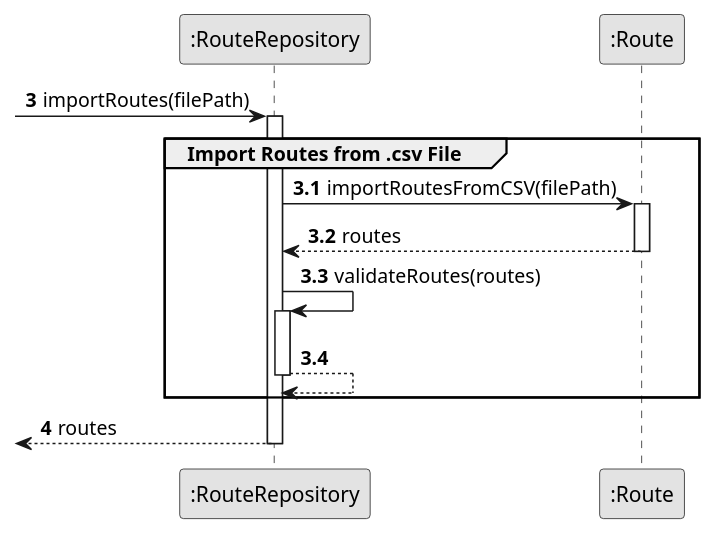
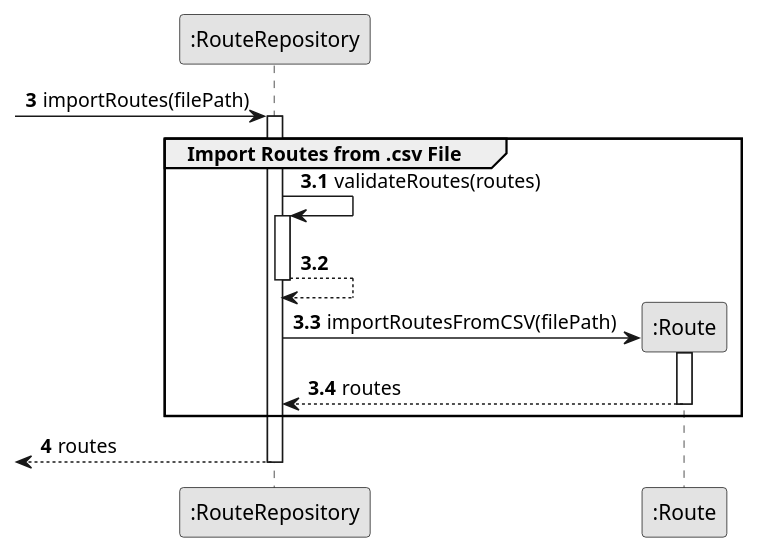
One commit to ricardomm7/leaflink changed the diagram in docs/sprintB/us012/03.design/puml/us012-sequence-diagram-partial-import-.csv-file.puml. Above: the diagram before and after it, drawn with PlantUML. The commit also changed 8 other files, not shown here.

Commit message:
LFC2-90<Change the sequence diagram> LFC2-114<Start class diagram and small changes on sequence diagram>

```diff
--- a/docs/sprintB/us012/03.design/puml/us012-sequence-diagram-partial-import-.csv-file.puml
+++ b/docs/sprintB/us012/03.design/puml/us012-sequence-diagram-partial-import-.csv-file.puml
@@ -1,43 +1,41 @@
 @startuml
 skinparam monochrome true
 skinparam packageStyle rectangle
 skinparam shadowing false
 
 autonumber
 
 'hide footbox
 participant ":RouteRepository" as Repository
 participant ":Route" as Importer
 autonumber 3
 
 
  -> Repository : importRoutes(filePath)
 autonumber 3.1
 
 activate Repository
 
   Group Import Routes from .csv File
 
-    Repository -> Importer: importRoutesFromCSV(filePath)
+  Repository -> Repository: validateRoutes(routes)
+      activate Repository
+
+          Repository --> Repository
+          deactivate Repository
+
+    Repository -> Importer**: importRoutesFromCSV(filePath)
         activate Importer
 
         Importer --> Repository: routes
         deactivate Importer
-
-
-    Repository -> Repository: validateRoutes(routes)
-    activate Repository
-
-        Repository --> Repository
-        deactivate Repository
-
 
     end
     autonumber 4
 
 
      <-- Repository  : routes
 deactivate Repository
 
 
 @enduml
```
